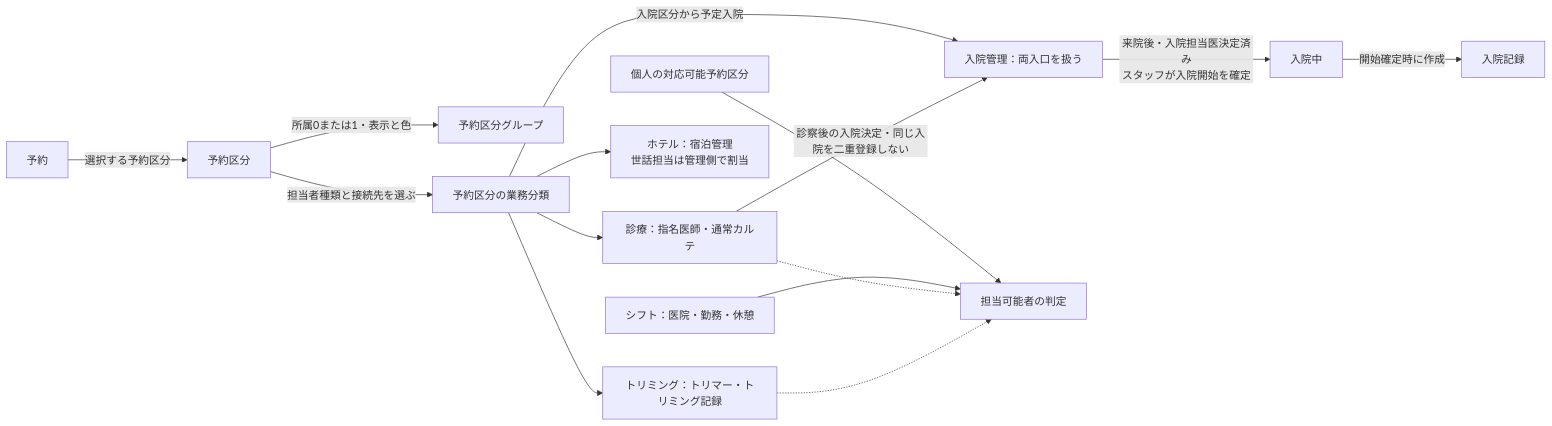
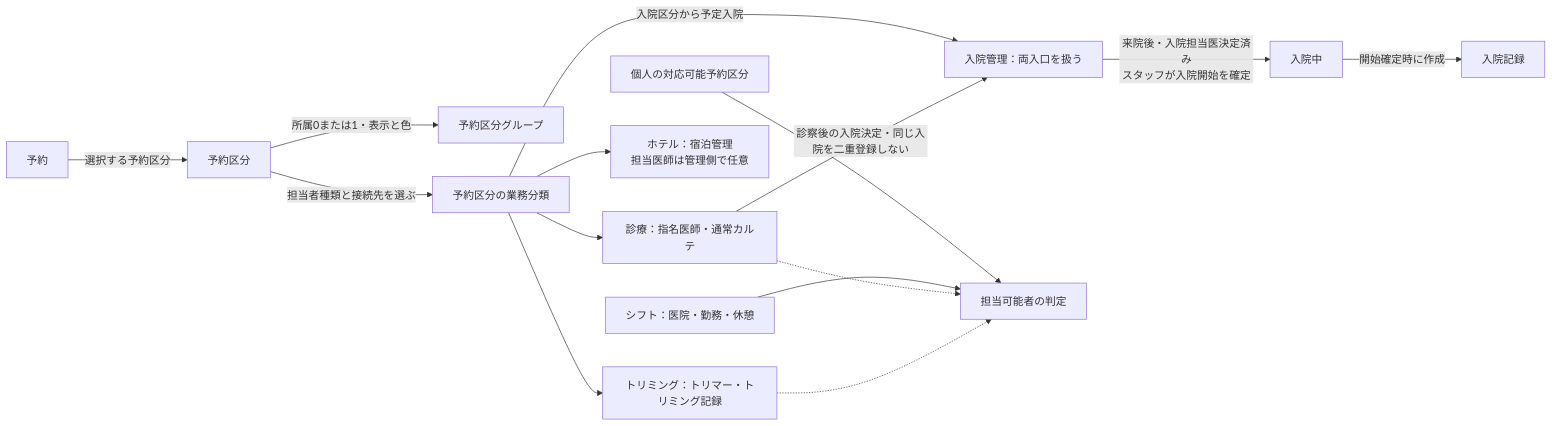
Before and after one commit to MinoruSoga/AnimalEkarte: the diagram in docs/spec/ontology/reservations.md, drawn with Mermaid. The commit also changed other lines of this file and 123 other files, not shown here.

````diff
--- a/docs/spec/ontology/reservations.md
+++ b/docs/spec/ontology/reservations.md
@@ -93,17 +93,17 @@
 ```mermaid
 flowchart LR
     A["予約"] -->|"選択する予約区分"| T["予約区分"]
     T -->|"所属0または1・表示と色"| G["予約区分グループ"]
     T -->|"担当者種類と接続先を選ぶ"| B["予約区分の業務分類"]
     B --> D["診療：指名医師・通常カルテ"]
     B --> R["トリミング：トリマー・トリミング記録"]
-    B --> H["ホテル：宿泊管理<br/>世話担当は管理側で割当"]
+    B --> H["ホテル：宿泊管理<br/>担当医師は管理側で任意"]
     B -->|"入院区分から予定入院"| I["入院管理：両入口を扱う"]
     D -->|"診察後の入院決定・同じ入院を二重登録しない"| I
     I -->|"来院後・入院担当医決定済み<br/>スタッフが入院開始を確定"| IA["入院中"]
     IA -->|"開始確定時に作成"| IR["入院記録"]
     C["個人の対応可能予約区分"] --> E["担当可能者の判定"]
     S["シフト：医院・勤務・休憩"] --> E
     D -.-> E
     R -.-> E
 ```
````
